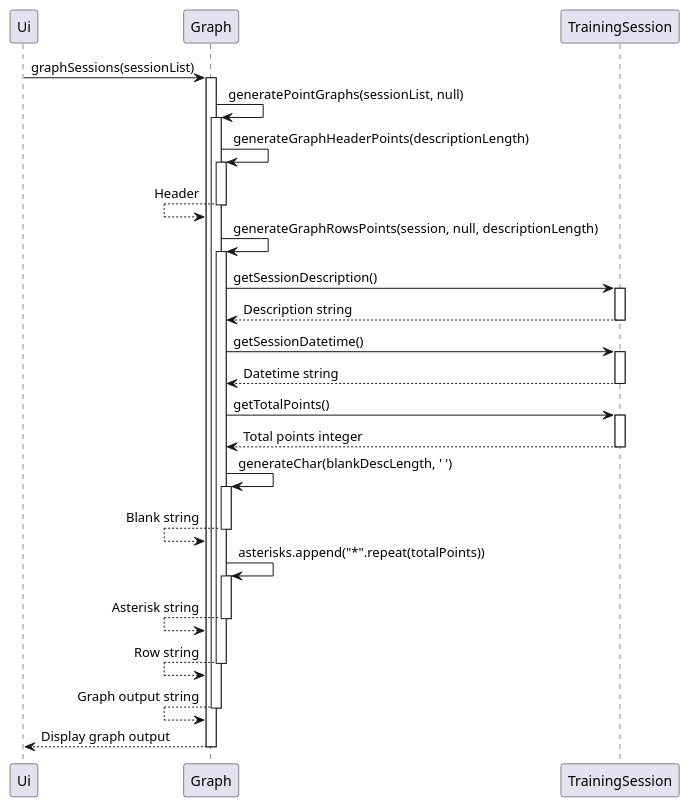
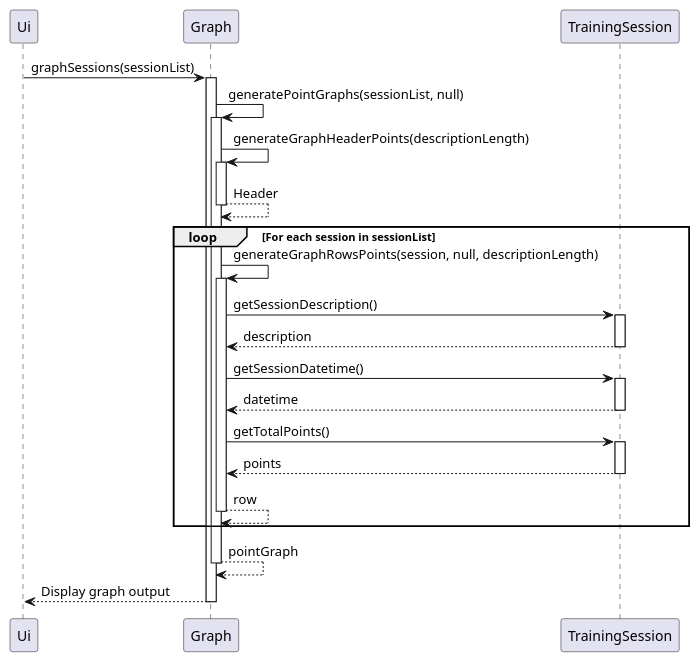
One commit to nus-cs2113-AY2425S1/tp changed the diagram in docs/Diagrams/Sequence_graphSessions.puml. Above: the diagram before and after it, drawn with PlantUML. The commit also changed 3 other files, not shown here.

```diff
--- a/docs/Diagrams/Sequence_graphSessions.puml
+++ b/docs/Diagrams/Sequence_graphSessions.puml
@@ -1,52 +1,44 @@
 @startuml
 participant Ui as User
 participant Graph
 participant TrainingSession
 
 User -> Graph : graphSessions(sessionList)
 activate Graph
 
 Graph -> Graph : generatePointGraphs(sessionList, null)
 activate Graph
 Graph -> Graph : generateGraphHeaderPoints(descriptionLength)
 activate Graph
-Graph <-- Graph : Header
+Graph --> Graph : Header
 deactivate Graph
 
-Graph -> Graph : generateGraphRowsPoints(session, null, descriptionLength)
-activate Graph
+loop For each session in sessionList
+    Graph -> Graph : generateGraphRowsPoints(session, null, descriptionLength)
+    activate Graph
 
-Graph -> TrainingSession : getSessionDescription()
-activate TrainingSession
-TrainingSession --> Graph : Description string
-deactivate TrainingSession
+    Graph -> TrainingSession : getSessionDescription()
+    activate TrainingSession
+    TrainingSession --> Graph : description
+    deactivate TrainingSession
 
-Graph -> TrainingSession : getSessionDatetime()
-activate TrainingSession
-TrainingSession --> Graph : Datetime string
-deactivate TrainingSession
+    Graph -> TrainingSession : getSessionDatetime()
+    activate TrainingSession
+    TrainingSession --> Graph : datetime
+    deactivate TrainingSession
 
-Graph -> TrainingSession : getTotalPoints()
-activate TrainingSession
-TrainingSession --> Graph : Total points integer
-deactivate TrainingSession
+    Graph -> TrainingSession : getTotalPoints()
+    activate TrainingSession
+    TrainingSession --> Graph : points
+    deactivate TrainingSession
+    Graph --> Graph : row
+    deactivate Graph
 
-Graph -> Graph : generateChar(blankDescLength, ' ')
-activate Graph
-Graph <-- Graph : Blank string
-deactivate Graph
+end loop
 
-Graph -> Graph : asterisks.append("*".repeat(totalPoints))
-activate Graph
-Graph <-- Graph : Asterisk string
-deactivate Graph
-
-Graph <-- Graph : Row string
-deactivate Graph
-
-Graph <-- Graph : Graph output string
+Graph --> Graph : pointGraph
 deactivate Graph
 
 User <-- Graph : Display graph output
 deactivate Graph
 @enduml
```
